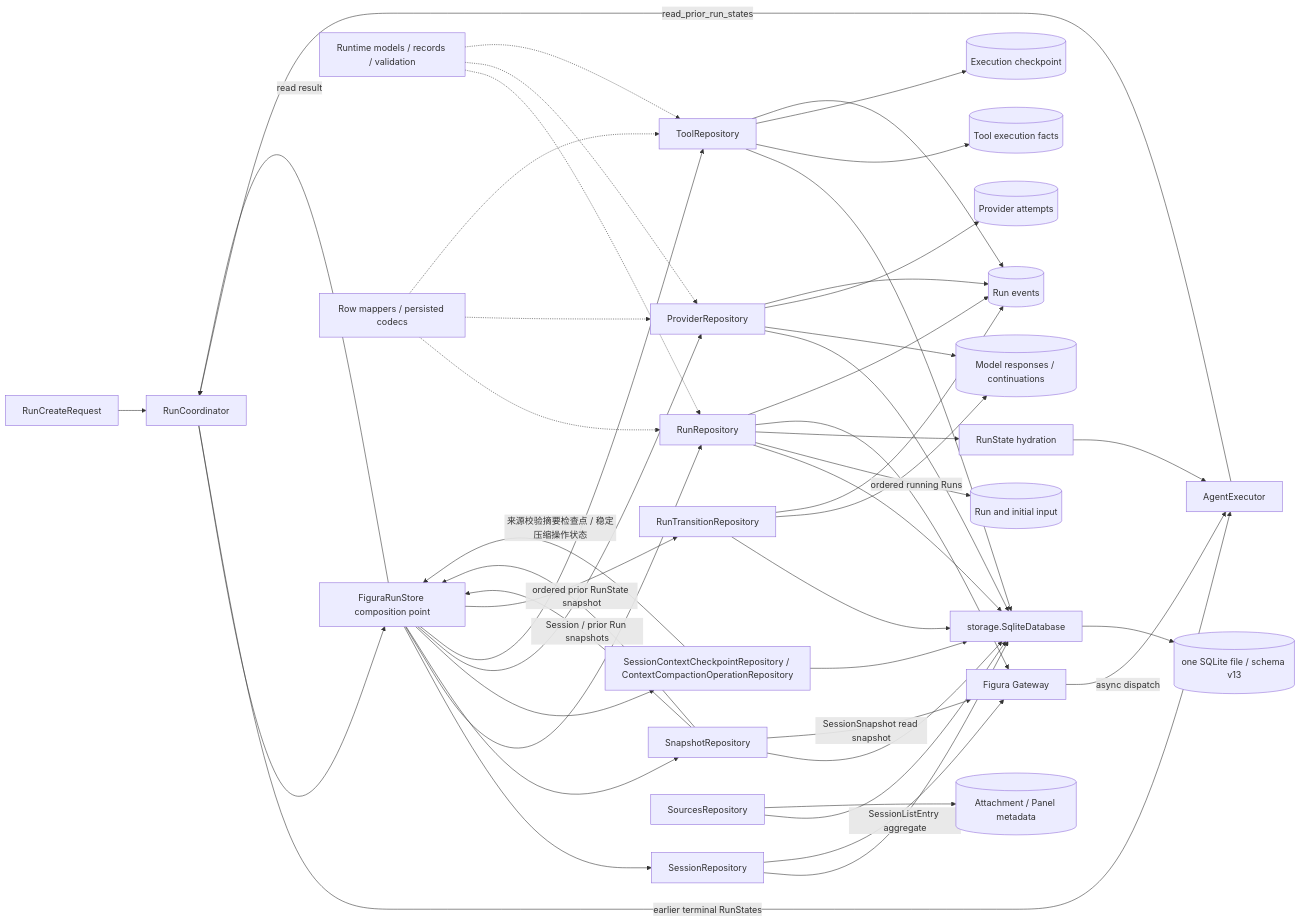
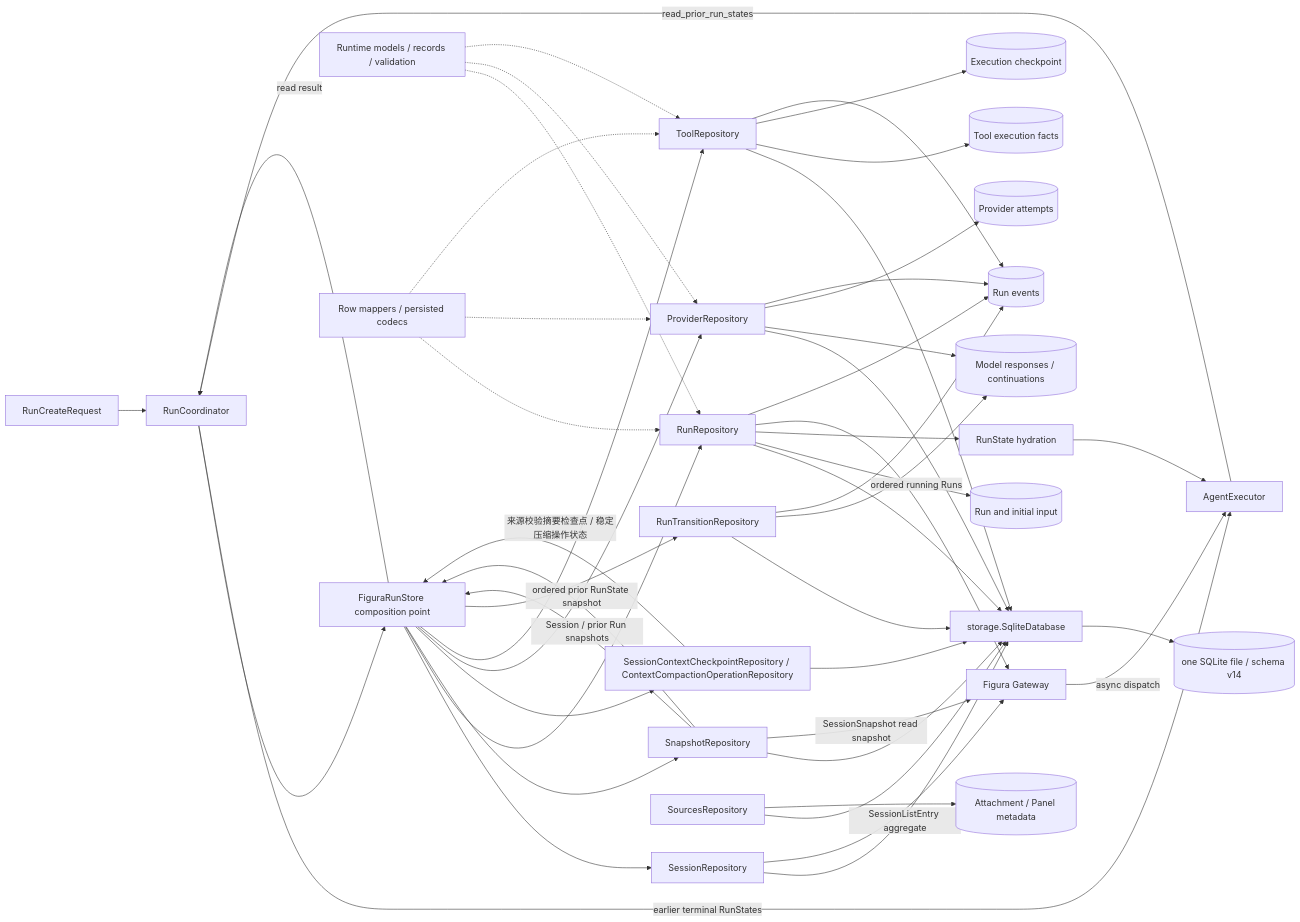
One commit to YeZibn/Figura changed the diagram in docs/figura/runtime.md. Above: the diagram before and after it, drawn with Mermaid. The commit also changed other lines of this file and 130 other files, not shown here.

````diff
--- a/docs/figura/runtime.md
+++ b/docs/figura/runtime.md
@@ -9,50 +9,50 @@
 ```mermaid
 flowchart LR
     Create[RunCreateRequest] --> Coordinator[RunCoordinator]
     Coordinator --> Store[FiguraRunStore composition point]
     Store --> SessionRepo[SessionRepository]
     Store --> RunRepo[RunRepository]
     Store --> SnapshotRepo[SnapshotRepository]
     Store --> ContextRepo[SessionContextCheckpointRepository / ContextCompactionOperationRepository]
     Store --> ProviderRepo[ProviderRepository]
     Store --> ToolRepo[ToolRepository]
     Store --> TransitionRepo[RunTransitionRepository]
     SessionRepo --> Database[storage.SqliteDatabase]
     RunRepo --> Database
     SnapshotRepo --> Database
     ContextRepo --> Database
     ProviderRepo --> Database
     ToolRepo --> Database
     TransitionRepo --> Database
     SourceRepo[SourcesRepository] --> Database
-    Database --> SQLite[(one SQLite file / schema v13)]
+    Database --> SQLite[(one SQLite file / schema v14)]
     RunRepo --> Run[(Run and initial input)]
     RunRepo --> State[RunState hydration]
     SnapshotRepo -->|Session / prior Run snapshots| Store
     ContextRepo -->|来源校验摘要检查点 / 稳定压缩操作状态| Store
     SessionRepo -->|SessionListEntry aggregate| Gateway[Figura Gateway]
     SnapshotRepo -->|SessionSnapshot read snapshot| Gateway
     RunRepo -->|ordered running Runs| Gateway
     Gateway -->|async dispatch| Agent
     Agent -->|read_prior_run_states| Coordinator
     SnapshotRepo -->|ordered prior RunState snapshot| Store
     Store -->|read result| Coordinator
     Coordinator -->|earlier terminal RunStates| Agent
     ProviderRepo --> Records[(Model responses / continuations)]
     ProviderRepo --> Attempts[(Provider attempts)]
     ToolRepo --> ToolFacts[(Tool execution facts)]
     ToolRepo --> Checkpoint[(Execution checkpoint)]
     RunRepo --> Events[(Run events)]
     ProviderRepo --> Events
     ToolRepo --> Events
     TransitionRepo --> Records
     TransitionRepo --> Events
     SourceRepo --> SourceFacts[(Attachment / Panel metadata)]
     Domain[Runtime models / records / validation] -.-> RunRepo
     Domain -.-> ProviderRepo
     Domain -.-> ToolRepo
     Mappers[Row mappers / persisted codecs] -.-> RunRepo
     Mappers -.-> ProviderRepo
     Mappers -.-> ToolRepo
     State --> Agent[AgentExecutor]
 ```
````
